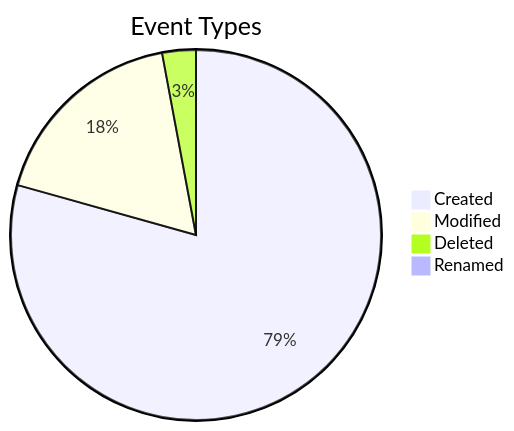
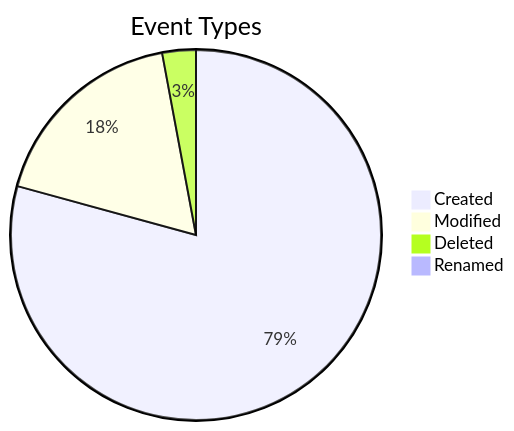
Before and after one commit to aetrigg/obsidian-universe-public: the diagram in OBSERVATORIES/Activity Observatory.md, drawn with Mermaid. The commit also changed other lines of this file, not shown here.

````diff
--- a/OBSERVATORIES/Activity Observatory.md
+++ b/OBSERVATORIES/Activity Observatory.md
@@ -32,8 +32,8 @@
 ```mermaid
 pie
     title Event Types
-    "Created" : 22890
-    "Modified" : 5113
+    "Created" : 22893
+    "Modified" : 5146
     "Deleted" : 847
-    "Renamed" : 96
+    "Renamed" : 97
 ```
````
